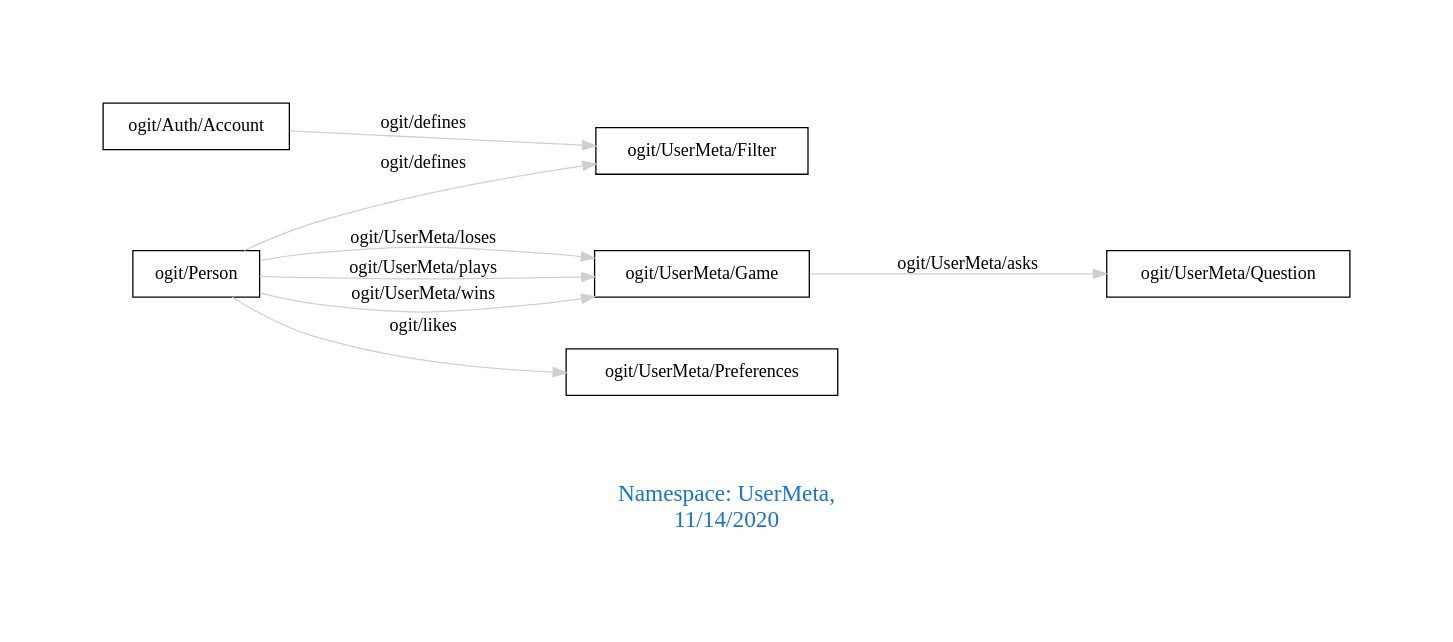
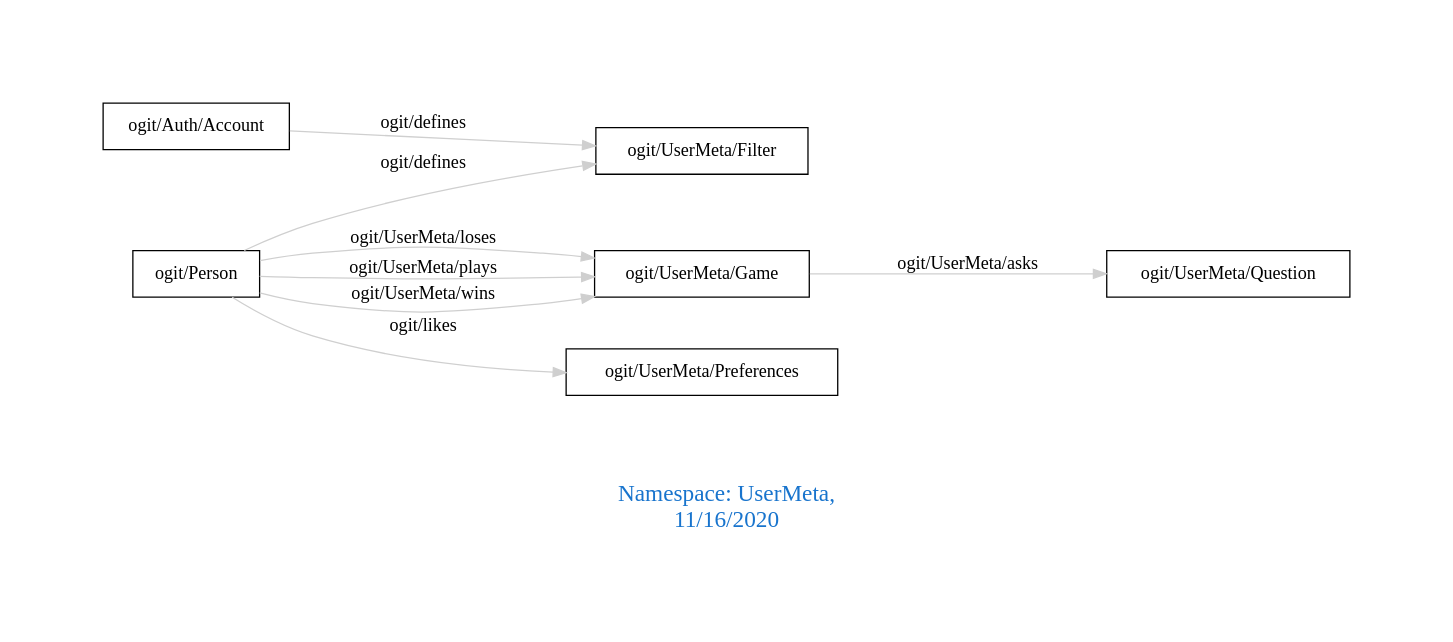
One commit to arago/OGIT changed the diagram in downloads/UserMeta.dot. Above: the diagram before and after it, drawn with Graphviz. The commit also changed 1832 other files, not shown here.

```diff
--- a/downloads/UserMeta.dot
+++ b/downloads/UserMeta.dot
@@ -1,15 +1,15 @@
 digraph OGIT_ontology {
  graph [ rankdir= LR,pad=1 
 fontsize = 18,
-fontcolor= dodgerblue3,label = "\n\n\nNamespace: UserMeta, \n 11/14/2020"];
+fontcolor= dodgerblue3,label = "\n\n\nNamespace: UserMeta, \n 11/16/2020"];
 node[shape=polygon];
 edge [  color="gray81"];
 
    "ogit/Auth/Account" -> "ogit/UserMeta/Filter" [label="   ogit/defines    "];
    "ogit/Person" -> "ogit/UserMeta/Filter" [label="   ogit/defines    "];
    "ogit/UserMeta/Game" -> "ogit/UserMeta/Question" [label="   ogit/UserMeta/asks    "];
    "ogit/Person" -> "ogit/UserMeta/Preferences" [label="   ogit/likes    "];
    "ogit/Person" -> "ogit/UserMeta/Game" [label="   ogit/UserMeta/loses    "];
    "ogit/Person" -> "ogit/UserMeta/Game" [label="   ogit/UserMeta/plays    "];
    "ogit/Person" -> "ogit/UserMeta/Game" [label="   ogit/UserMeta/wins    "];
 }
```
